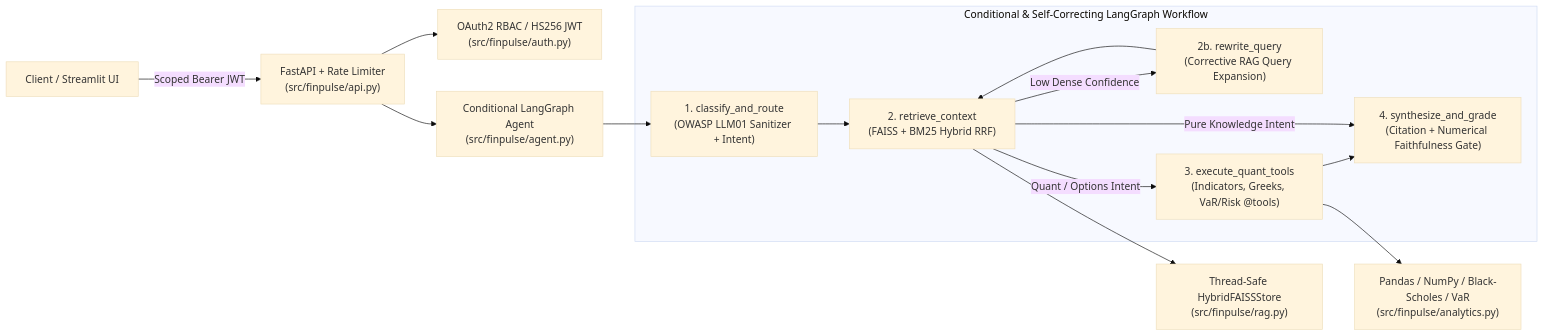
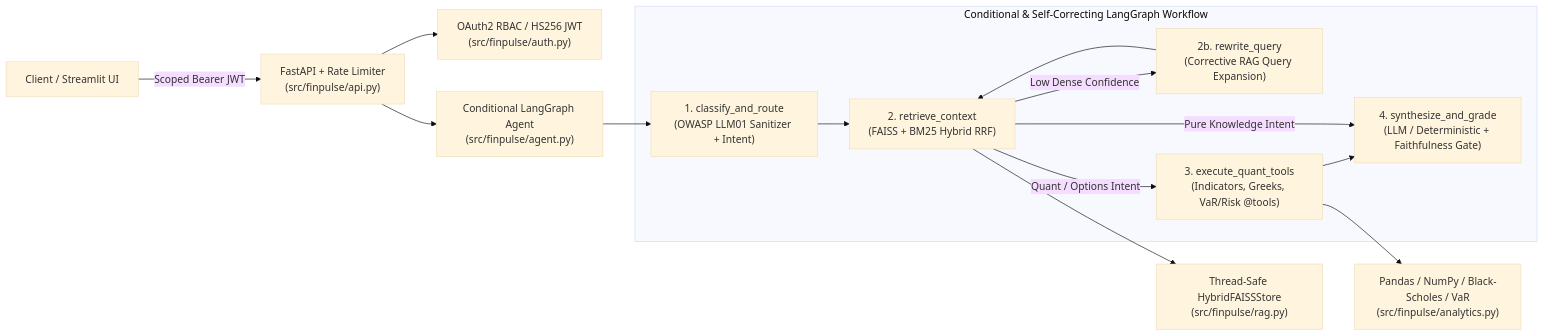
The first of 2 diagrams in docs/ARCHITECTURE.md (saiuttejr/finpulse-agent), drawn with Mermaid (base theme) before and after one commit. The commit also changed other lines of this file and 4 other files, not shown here.

Commit message:
docs: add ADR design decisions and complete 11-endpoint API, architecture, and math reference

````diff
--- a/docs/ARCHITECTURE.md
+++ b/docs/ARCHITECTURE.md
@@ -13,22 +15,22 @@
 ```mermaid
 flowchart LR
     Client["Client / Streamlit UI"] -->|Scoped Bearer JWT| API["FastAPI + Rate Limiter\n(src/finpulse/api.py)"]
     API --> Auth["OAuth2 RBAC / HS256 JWT\n(src/finpulse/auth.py)"]
     API --> Agent["Conditional LangGraph Agent\n(src/finpulse/agent.py)"]
 
     subgraph LangGraph_StateGraph ["Conditional & Self-Correcting LangGraph Workflow"]
         N1["1. classify_and_route\n(OWASP LLM01 Sanitizer + Intent)"]
         N2["2. retrieve_context\n(FAISS + BM25 Hybrid RRF)"]
         N2B["2b. rewrite_query\n(Corrective RAG Query Expansion)"]
         N3["3. execute_quant_tools\n(Indicators, Greeks, VaR/Risk @tools)"]
-        N4["4. synthesize_and_grade\n(Citation + Numerical Faithfulness Gate)"]
+        N4["4. synthesize_and_grade\n(LLM / Deterministic + Faithfulness Gate)"]
         N1 --> N2
         N2 -->|Low Dense Confidence| N2B --> N2
         N2 -->|Quant / Options Intent| N3 --> N4
         N2 -->|Pure Knowledge Intent| N4
     end
 
     Agent --> N1
     N2 --> RAG["Thread-Safe HybridFAISSStore\n(src/finpulse/rag.py)"]
     N3 --> Tools["Pandas / NumPy / Black-Scholes / VaR\n(src/finpulse/analytics.py)"]
 ```
````
